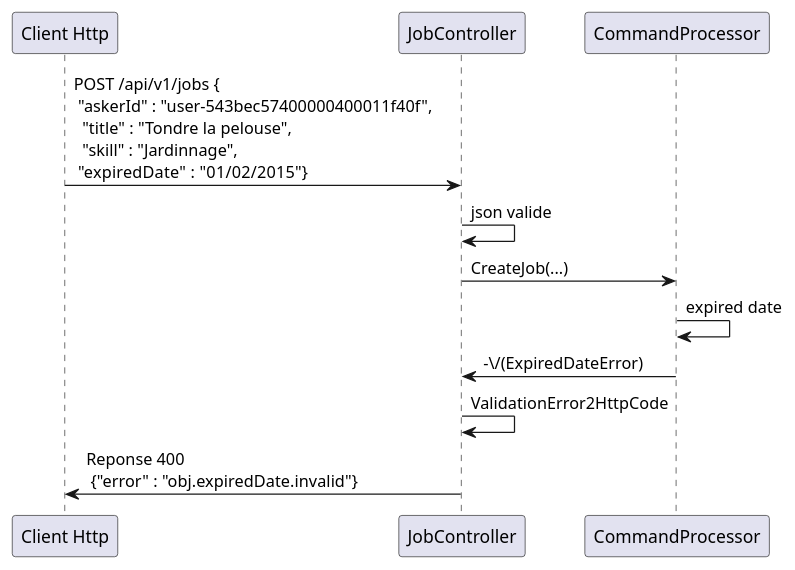
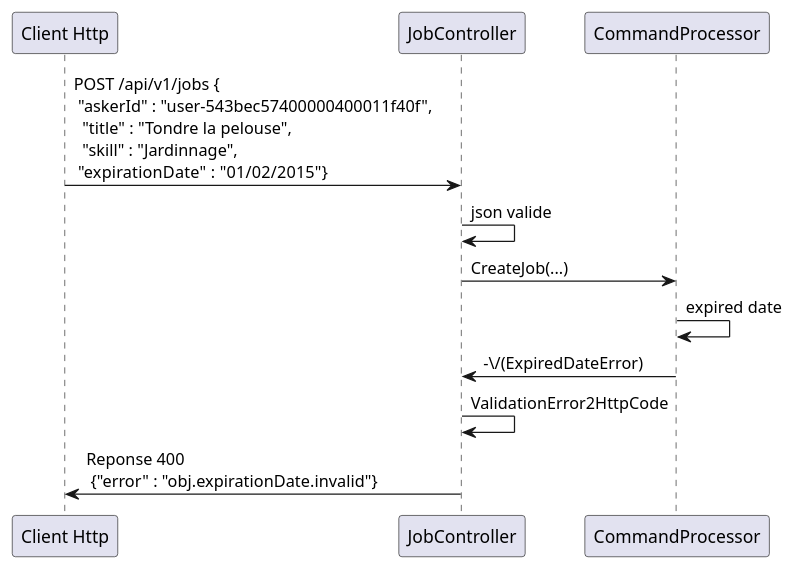
One commit to CQRSESCQFD/slides changed the diagram in schemas/2-from-http-to-command-missing-field.puml. Above: the diagram before and after it, drawn with PlantUML. The commit also changed 10 other files, not shown here.

```diff
--- a/schemas/2-from-http-to-command-missing-field.puml
+++ b/schemas/2-from-http-to-command-missing-field.puml
@@ -1,16 +1,16 @@
 @startuml
 
 participant "Client Http"
 participant JobController
 participant CommandProcessor
 
-"Client Http"-> JobController : POST /api/v1/jobs {\n "askerId" : "user-543bec57400000400011f40f",  \n  "title" : "Tondre la pelouse", \n  "skill" : "Jardinnage",\n "expiredDate"  : "01/02/2015"}
+"Client Http"-> JobController : POST /api/v1/jobs {\n "askerId" : "user-543bec57400000400011f40f",  \n  "title" : "Tondre la pelouse", \n  "skill" : "Jardinnage",\n "expirationDate"  : "01/02/2015"}
 
 JobController->JobController : json valide
 JobController->CommandProcessor : CreateJob(...)
 CommandProcessor -> CommandProcessor:  expired date
 CommandProcessor -> JobController : -\/(ExpiredDateError)
 JobController -> JobController : ValidationError2HttpCode
-JobController -> "Client Http" : Reponse 400  \n {"error" : "obj.expiredDate.invalid"}
+JobController -> "Client Http" : Reponse 400  \n {"error" : "obj.expirationDate.invalid"}
 
 @enduml
```
